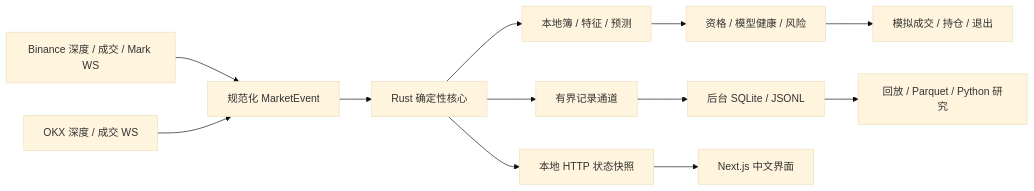
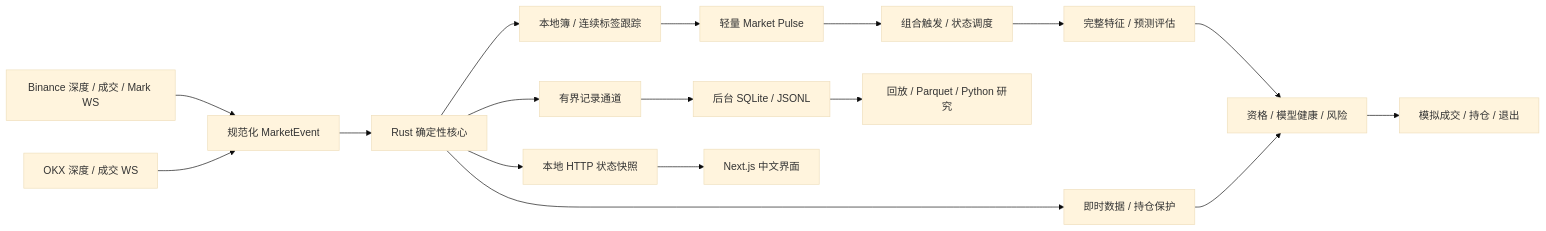
The diagram in docs/ARCHITECTURE.md (coverme128/seetrade), drawn with Mermaid (base theme) before and after one commit. The commit also changed other lines of this file and 18 other files, not shown here.

````diff
--- a/docs/ARCHITECTURE.md
+++ b/docs/ARCHITECTURE.md
@@ -5,14 +5,19 @@
 ```mermaid
 flowchart LR
     B[Binance 深度 / 成交 / Mark WS] --> N[规范化 MarketEvent]
     O[OKX 深度 / 成交 WS] --> N
     N --> C[Rust 确定性核心]
-    C --> F[本地簿 / 特征 / 预测]
+    C --> L[本地簿 / 连续标签跟踪]
+    L --> M[轻量 Market Pulse]
+    M --> T[组合触发 / 状态调度]
+    T --> F[完整特征 / 预测评估]
     F --> G[资格 / 模型健康 / 风险]
+    C --> X[即时数据 / 持仓保护]
+    X --> G
     G --> P[模拟成交 / 持仓 / 退出]
     C --> Q[有界记录通道]
     Q --> D[后台 SQLite / JSONL]
     D --> R[回放 / Parquet / Python 研究]
     C --> U[本地 HTTP 状态快照]
     U --> W[Next.js 中文界面]
 ```
````
